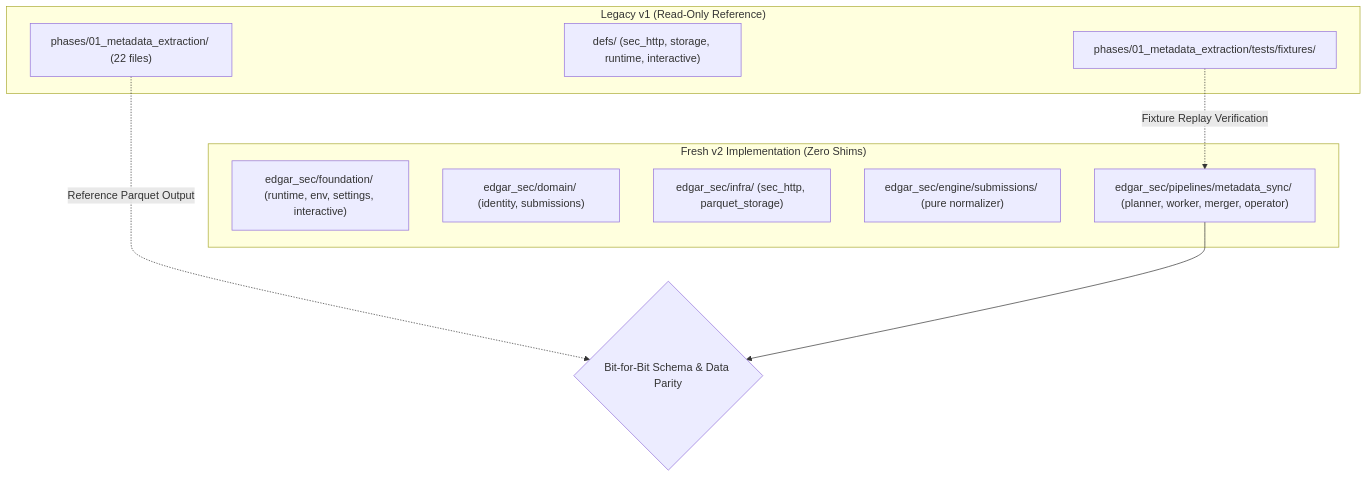
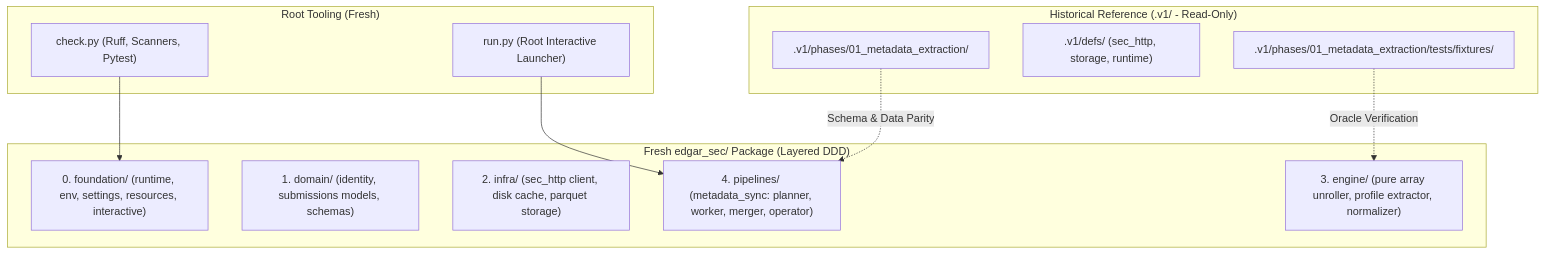
The first of 2 diagrams in roadmap/refactor_v2/phase_1.md (DerivedFunction01/edgar-sec), drawn with Mermaid before and after one commit. The commit also changed other lines of this file and 634 other files, not shown here.

Commit message:
refactor: remove legacy codebase modules and scripts for v2 refactoring phase

````diff
--- a/roadmap/refactor_v2/phase_1.md
+++ b/roadmap/refactor_v2/phase_1.md
@@ -13,20 +13,26 @@
 ```mermaid
 graph TD
-    subgraph "Legacy v1 (Read-Only Reference)"
-        V1_Phase1["phases/01_metadata_extraction/ (22 files)"]
-        V1_Defs["defs/ (sec_http, storage, runtime, interactive)"]
-        V1_Fixtures["phases/01_metadata_extraction/tests/fixtures/"]
+    subgraph "Historical Reference (.v1/ - Read-Only)"
+        V1_Phase1[".v1/phases/01_metadata_extraction/"]
+        V1_Defs[".v1/defs/ (sec_http, storage, runtime)"]
+        V1_Fixtures[".v1/phases/01_metadata_extraction/tests/fixtures/"]
     end
 
-    subgraph "Fresh v2 Implementation (Zero Shims)"
-        E_Found["edgar_sec/foundation/ (runtime, env, settings, interactive)"]
-        E_Domain["edgar_sec/domain/ (identity, submissions)"]
-        E_Infra["edgar_sec/infra/ (sec_http, parquet_storage)"]
-        E_Engine["edgar_sec/engine/submissions/ (pure normalizer)"]
-        E_Pipe["edgar_sec/pipelines/metadata_sync/ (planner, worker, merger, operator)"]
+    subgraph "Root Tooling (Fresh)"
+        Root_Check["check.py (Ruff, Scanners, Pytest)"]
+        Root_Run["run.py (Root Interactive Launcher)"]
     end
 
-    V1_Fixtures -.->|Fixture Replay Verification| E_Pipe
-    V1_Phase1 -.->|Reference Parquet Output| ParityCheck{"Bit-for-Bit Schema & Data Parity"}
-    E_Pipe --> ParityCheck
+    subgraph "Fresh edgar_sec/ Package (Layered DDD)"
+        L0["0. foundation/ (runtime, env, settings, resources, interactive)"]
+        L1["1. domain/ (identity, submissions models, schemas)"]
+        L2["2. infra/ (sec_http client, disk cache, parquet storage)"]
+        L3["3. engine/ (pure array unroller, profile extractor, normalizer)"]
+        L4["4. pipelines/ (metadata_sync: planner, worker, merger, operator)"]
+    end
+
+    Root_Run --> L4
+    Root_Check --> L0
+    V1_Fixtures -.->|Oracle Verification| L3
+    V1_Phase1 -.->|Schema & Data Parity| L4
 ```
````
